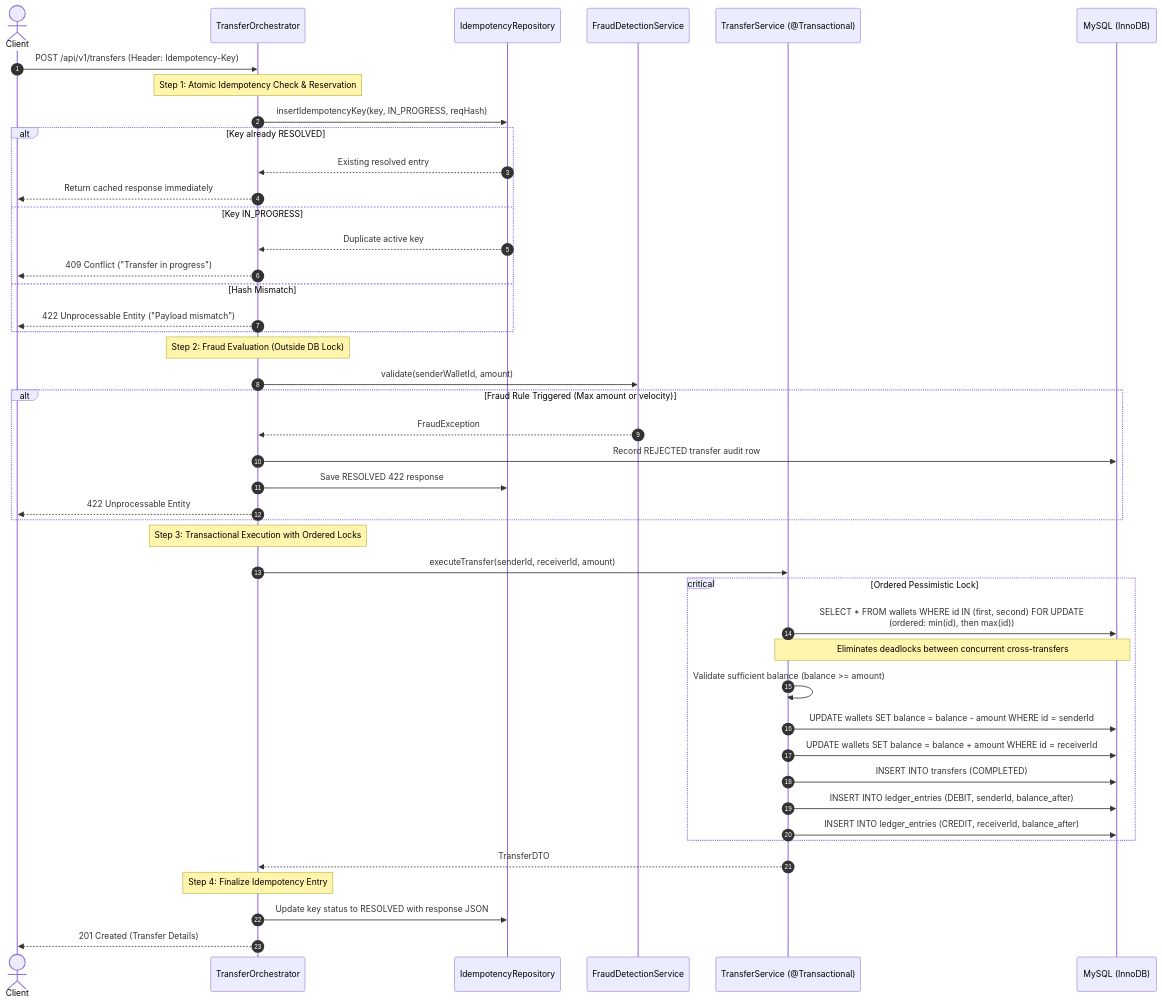
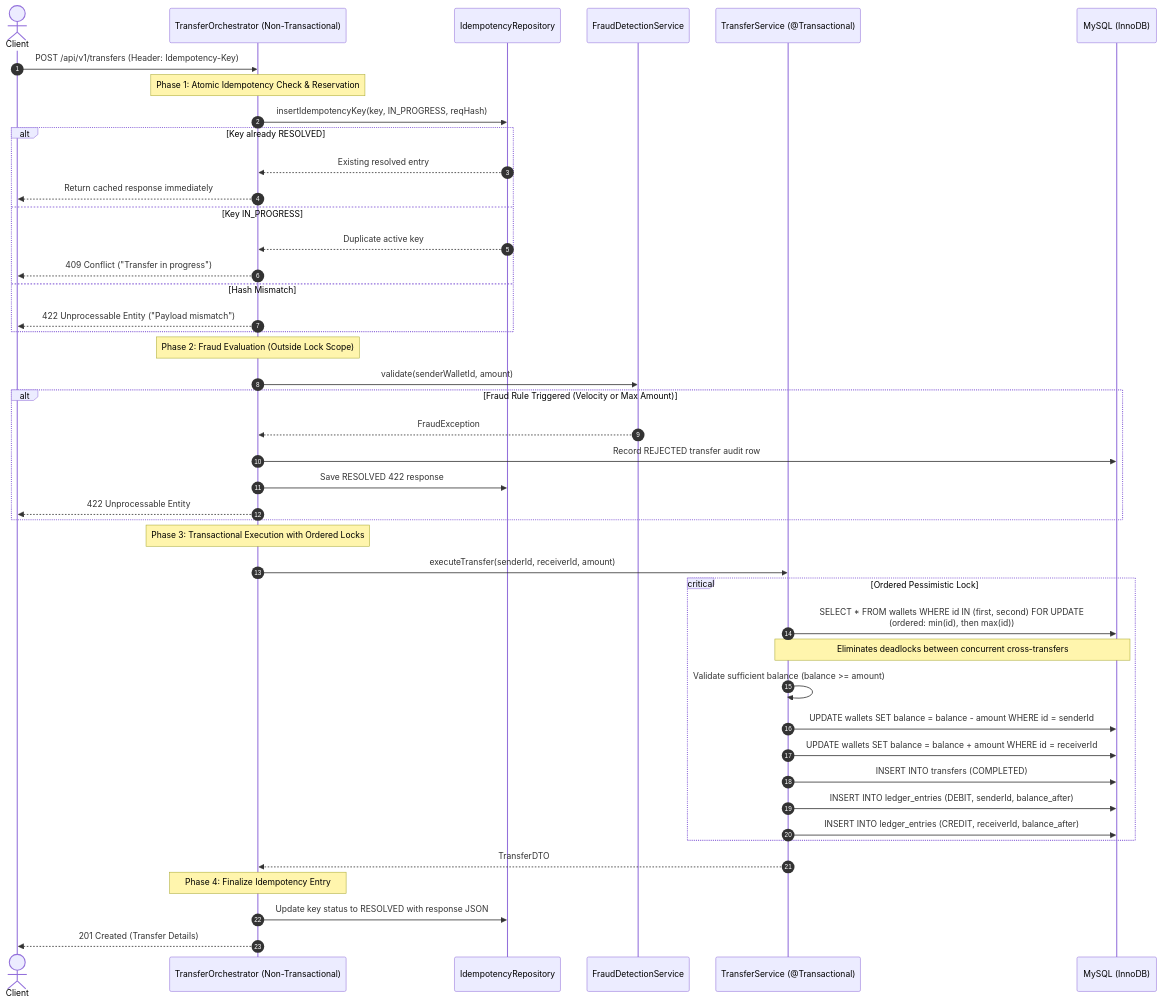
The third of 3 diagrams in README.md (OmWattamwar2911/cadence), drawn with Mermaid before and after one commit. The commit also changed other lines of this file and 6 other files, not shown here.

````diff
--- a/README.md
+++ b/README.md
@@ -126,50 +153,50 @@
 ```mermaid
 sequenceDiagram
     autonumber
     actor Client
-    participant Orchestrator as TransferOrchestrator
+    participant Orchestrator as TransferOrchestrator (Non-Transactional)
     participant IdemRepo as IdempotencyRepository
     participant Fraud as FraudDetectionService
     participant TxService as TransferService (@Transactional)
     participant DB as MySQL (InnoDB)
 
     Client->>Orchestrator: POST /api/v1/transfers (Header: Idempotency-Key)
-    Note over Orchestrator: Step 1: Atomic Idempotency Check & Reservation
+    Note over Orchestrator: Phase 1: Atomic Idempotency Check & Reservation
     Orchestrator->>IdemRepo: insertIdempotencyKey(key, IN_PROGRESS, reqHash)
     alt Key already RESOLVED
         IdemRepo-->>Orchestrator: Existing resolved entry
         Orchestrator-->>Client: Return cached response immediately
     else Key IN_PROGRESS
         IdemRepo-->>Orchestrator: Duplicate active key
         Orchestrator-->>Client: 409 Conflict ("Transfer in progress")
     else Hash Mismatch
         Orchestrator-->>Client: 422 Unprocessable Entity ("Payload mismatch")
     end
 
-    Note over Orchestrator: Step 2: Fraud Evaluation (Outside DB Lock)
+    Note over Orchestrator: Phase 2: Fraud Evaluation (Outside Lock Scope)
     Orchestrator->>Fraud: validate(senderWalletId, amount)
-    alt Fraud Rule Triggered (Max amount or velocity)
+    alt Fraud Rule Triggered (Velocity or Max Amount)
         Fraud-->>Orchestrator: FraudException
         Orchestrator->>DB: Record REJECTED transfer audit row
         Orchestrator->>IdemRepo: Save RESOLVED 422 response
         Orchestrator-->>Client: 422 Unprocessable Entity
     end
 
-    Note over Orchestrator: Step 3: Transactional Execution with Ordered Locks
+    Note over Orchestrator: Phase 3: Transactional Execution with Ordered Locks
     Orchestrator->>TxService: executeTransfer(senderId, receiverId, amount)
     critical Ordered Pessimistic Lock
         TxService->>DB: SELECT * FROM wallets WHERE id IN (first, second) FOR UPDATE<br/>(ordered: min(id), then max(id))
         Note over TxService,DB: Eliminates deadlocks between concurrent cross-transfers
         TxService->>TxService: Validate sufficient balance (balance >= amount)
         TxService->>DB: UPDATE wallets SET balance = balance - amount WHERE id = senderId
         TxService->>DB: UPDATE wallets SET balance = balance + amount WHERE id = receiverId
         TxService->>DB: INSERT INTO transfers (COMPLETED)
         TxService->>DB: INSERT INTO ledger_entries (DEBIT, senderId, balance_after)
         TxService->>DB: INSERT INTO ledger_entries (CREDIT, receiverId, balance_after)
     end
     TxService-->>Orchestrator: TransferDTO
 
-    Note over Orchestrator: Step 4: Finalize Idempotency Entry
+    Note over Orchestrator: Phase 4: Finalize Idempotency Entry
     Orchestrator->>IdemRepo: Update key status to RESOLVED with response JSON
     Orchestrator-->>Client: 201 Created (Transfer Details)
 ```
````
